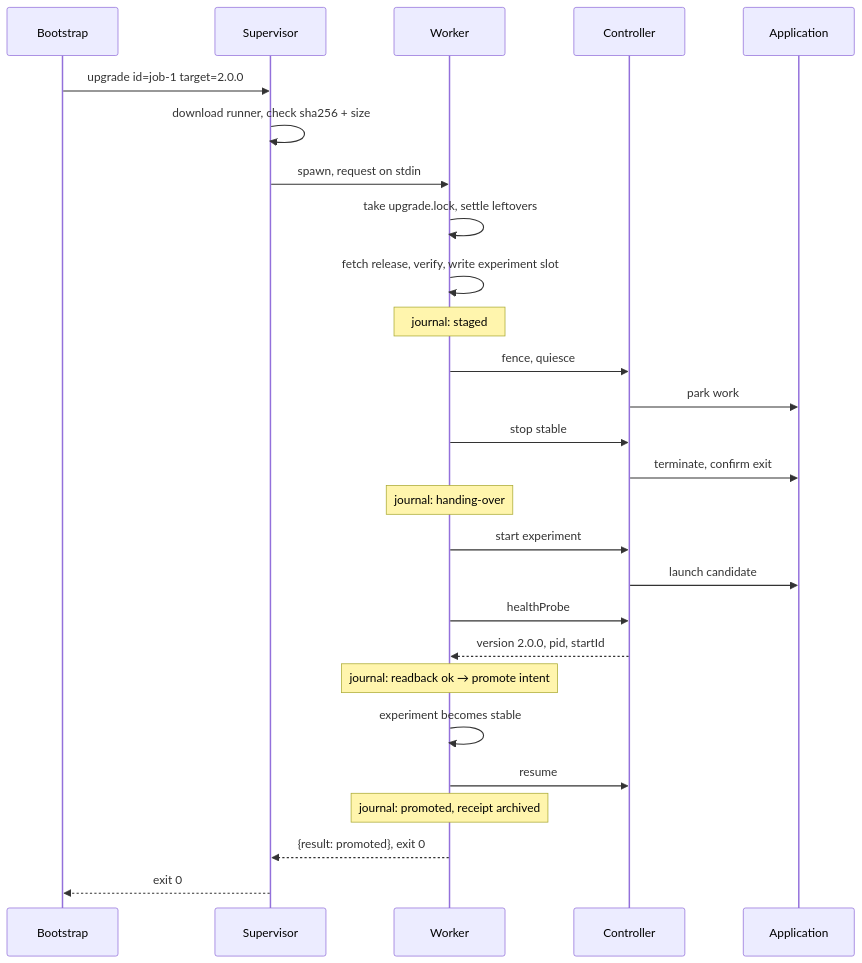
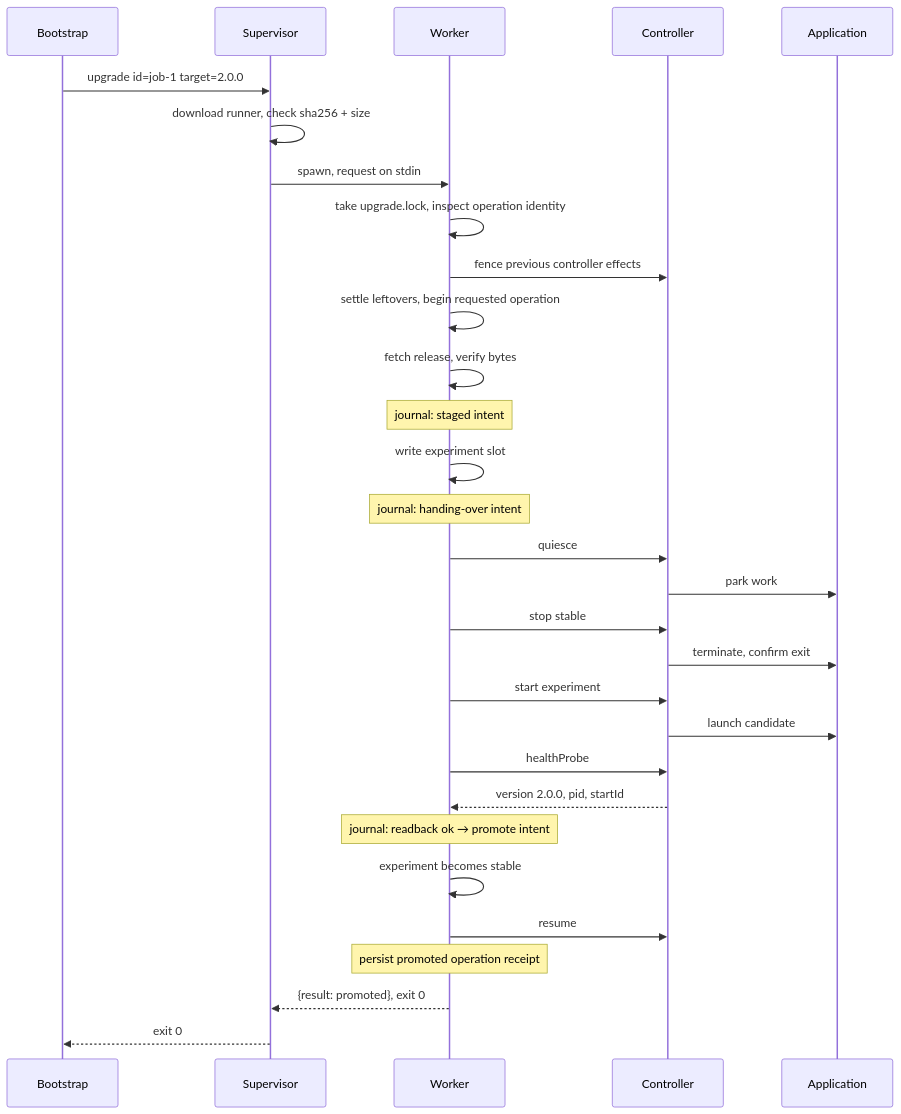
One commit to botiverse/k-carrier changed the second of 3 diagrams in docs/guide.md. Above: the diagram before and after it, drawn with Mermaid. The commit also changed other lines of this file and 6 other files, not shown here.

````diff
--- a/docs/guide.md
+++ b/docs/guide.md
@@ -51,29 +51,32 @@
 ```mermaid
 sequenceDiagram
   participant B as Bootstrap
   participant S as Supervisor
   participant W as Worker
   participant C as Controller
   participant A as Application
   B->>S: upgrade id=job-1 target=2.0.0
   S->>S: download runner, check sha256 + size
   S->>W: spawn, request on stdin
-  W->>W: take upgrade.lock, settle leftovers
-  W->>W: fetch release, verify, write experiment slot
-  Note over W: journal: staged
-  W->>C: fence, quiesce
+  W->>W: take upgrade.lock, inspect operation identity
+  W->>C: fence previous controller effects
+  W->>W: settle leftovers, begin requested operation
+  W->>W: fetch release, verify bytes
+  Note over W: journal: staged intent
+  W->>W: write experiment slot
+  Note over W: journal: handing-over intent
+  W->>C: quiesce
   C->>A: park work
   W->>C: stop stable
   C->>A: terminate, confirm exit
-  Note over W: journal: handing-over
   W->>C: start experiment
   C->>A: launch candidate
   W->>C: healthProbe
   C-->>W: version 2.0.0, pid, startId
   Note over W: journal: readback ok → promote intent
   W->>W: experiment becomes stable
   W->>C: resume
-  Note over W: journal: promoted, receipt archived
+  Note over W: persist promoted operation receipt
   W-->>S: {result: promoted}, exit 0
   S-->>B: exit 0
 ```
````
